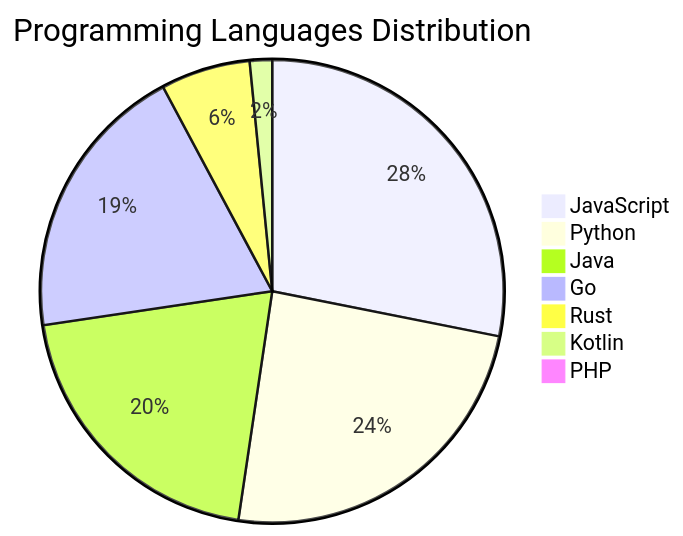
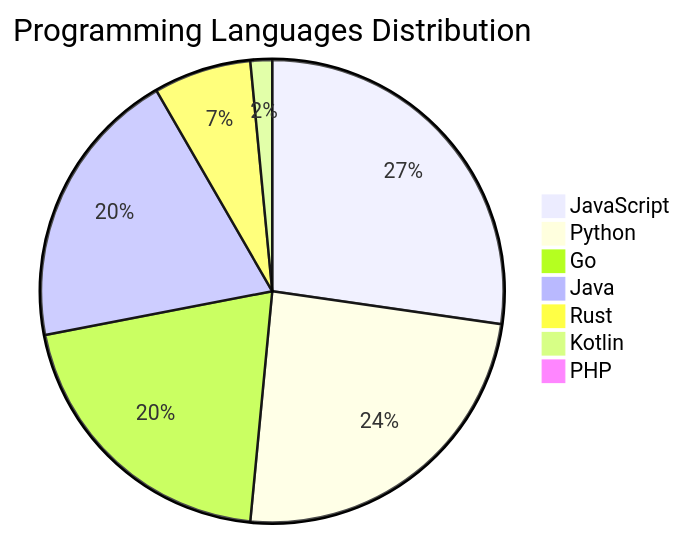
The diagram in README.md (Derrick-MUGISHA/github-activity-bot), drawn with Mermaid before and after one commit. The commit also changed other lines of this file and 4 other files, not shown here.

````diff
--- a/README.md
+++ b/README.md
@@ -207,10 +207,10 @@
 ```mermaid
 pie title Programming Languages Distribution
     "JavaScript" : 36
-    "Python" : 31
+    "Python" : 32
+    "Go" : 27
     "Java" : 26
-    "Go" : 25
-    "Rust" : 8
+    "Rust" : 9
     "Kotlin" : 2
     "PHP" : 1
 ```
````
